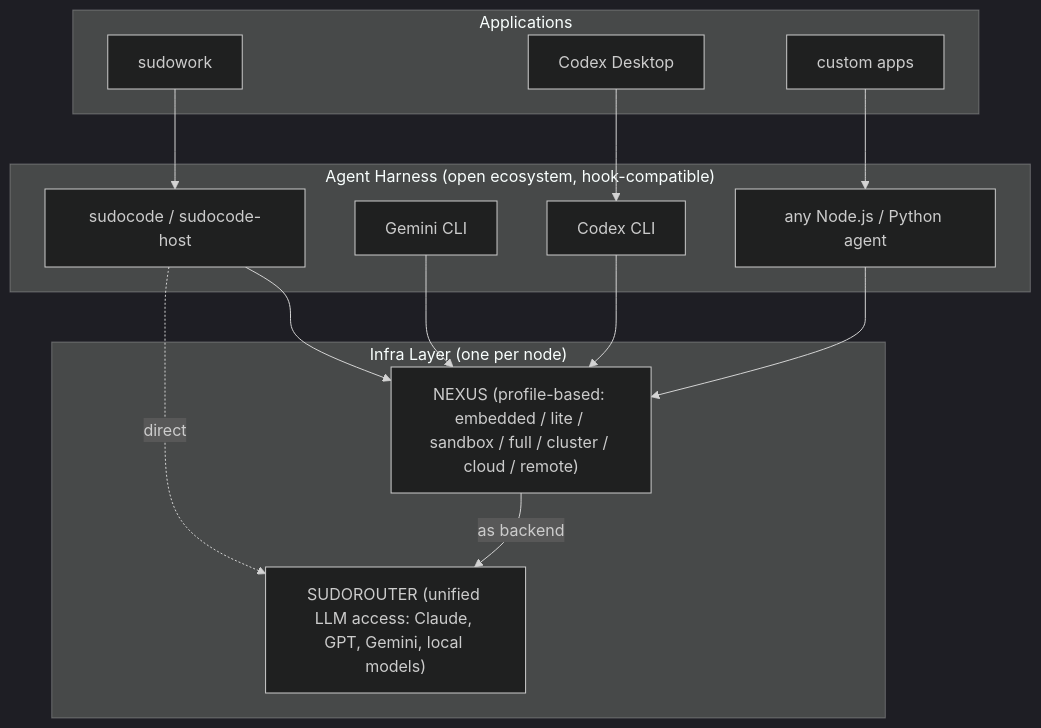
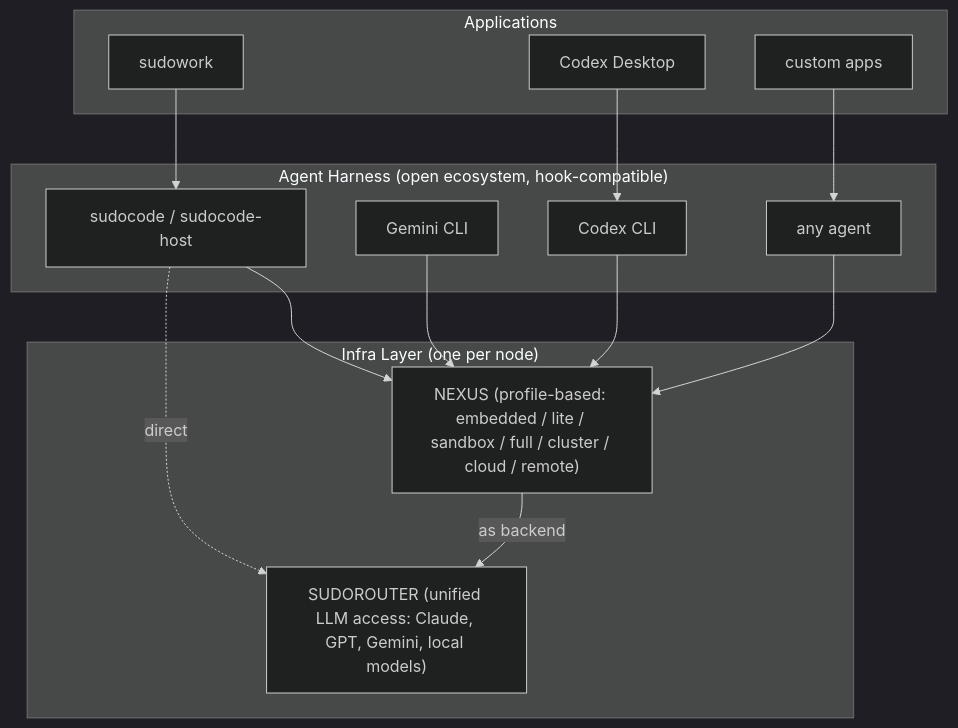
One commit to nexi-lab/nexus changed the first of 2 diagrams in README.md. Above: the diagram before and after it, drawn with Mermaid (dark theme).

Commit message:
fix(readme): widen agent harness to 'any agent' — not just Node.js/Python
Nexus supports any language: Rust (in-process), gRPC (any language),
or fs hooks (Node.js/Python transparent interception). The previous
label artificially narrowed the scope.

````diff
--- a/README.md
+++ b/README.md
@@ -68,30 +68,30 @@
 ```mermaid
 graph TD
     subgraph Applications
         SW[sudowork]
         CD[Codex Desktop]
         CA[custom apps]
     end
 
     subgraph Agent_Harness ["Agent Harness (open ecosystem, hook-compatible)"]
         SC[sudocode / sudocode-host]
         GC[Gemini CLI]
         CX[Codex CLI]
-        AH[any Node.js / Python agent]
+        AH[any agent]
     end
 
     subgraph Infra ["Infra Layer (one per node)"]
         NX["NEXUS (profile-based: embedded / lite / sandbox / full / cluster / cloud / remote)"]
         SR["SUDOROUTER (unified LLM access: Claude, GPT, Gemini, local models)"]
     end
 
     SW --> SC
     CD --> CX
     CA --> AH
     SC --> NX
     GC --> NX
     CX --> NX
     AH --> NX
     SC -.->|direct| SR
     NX -->|as backend| SR
 ```
````
